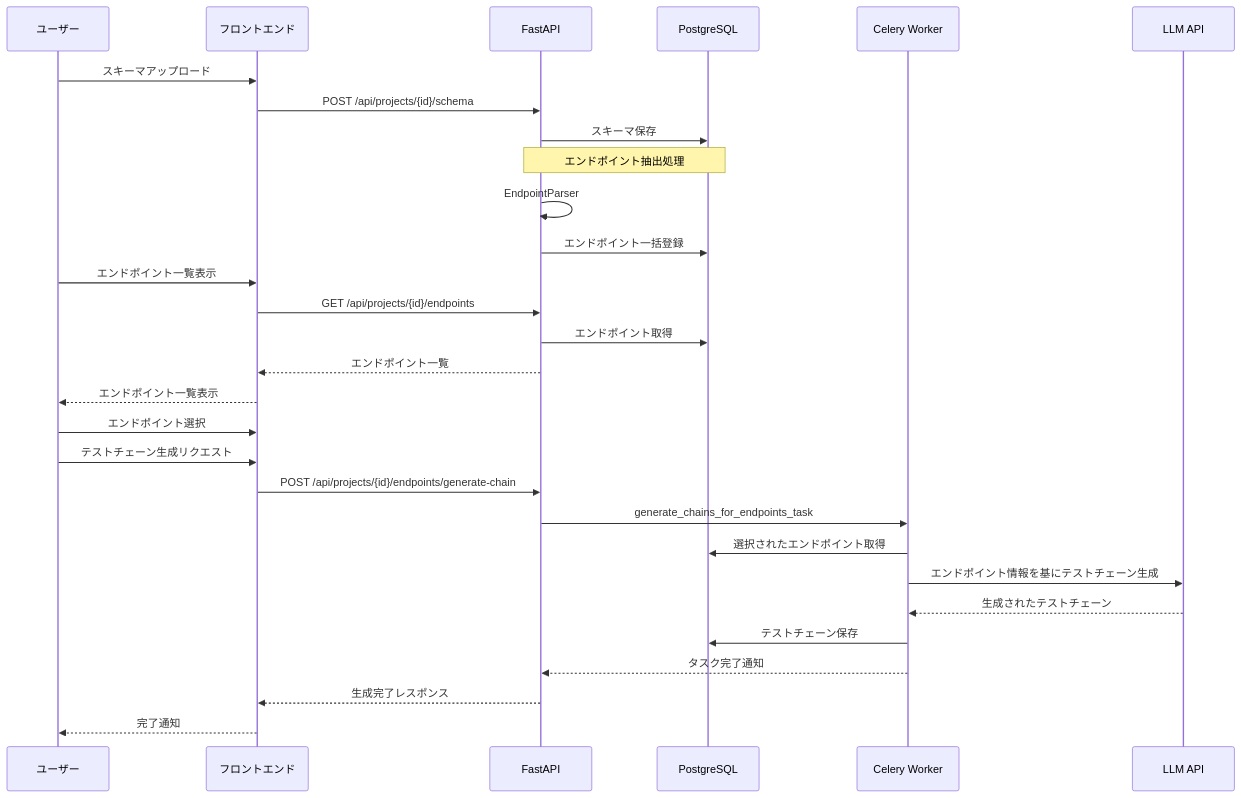
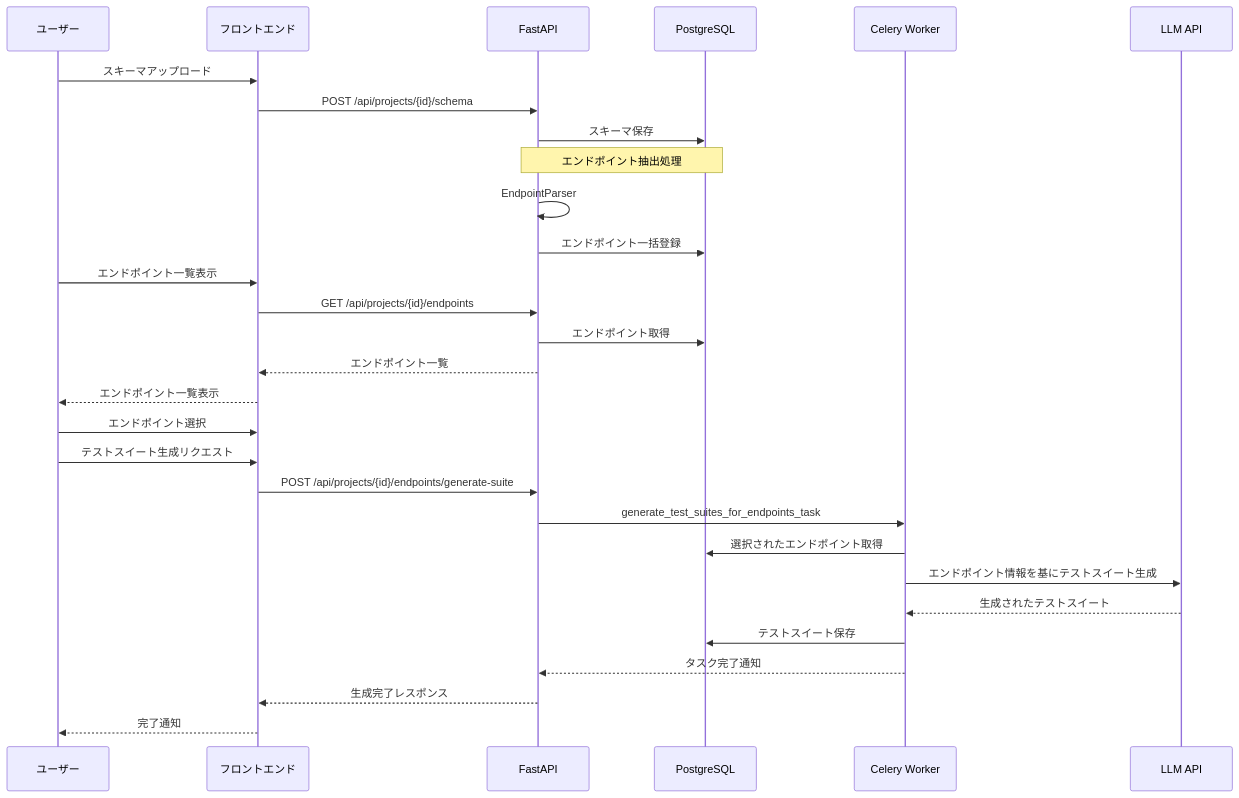
One commit to Pirikara/caseforge changed the third of 5 diagrams in ARCHITECTURE.md. Above: the diagram before and after it, drawn with Mermaid. The commit also changed other lines of this file and 46 other files, not shown here.

````diff
--- a/ARCHITECTURE.md
+++ b/ARCHITECTURE.md
@@ -129,37 +129,37 @@
 ```mermaid
 sequenceDiagram
   participant User as ユーザー
   participant UI as フロントエンド
   participant API as FastAPI
   participant DB as PostgreSQL
   participant Worker as Celery Worker
   participant LLM as LLM API
 
   User->>UI: スキーマアップロード
   UI->>API: POST /api/projects/{id}/schema
   API->>DB: スキーマ保存
   
   Note over API,DB: エンドポイント抽出処理
   API->>API: EndpointParser
   API->>DB: エンドポイント一括登録
   
   User->>UI: エンドポイント一覧表示
   UI->>API: GET /api/projects/{id}/endpoints
   API->>DB: エンドポイント取得
   API-->>UI: エンドポイント一覧
   UI-->>User: エンドポイント一覧表示
   
   User->>UI: エンドポイント選択
-  User->>UI: テストチェーン生成リクエスト
-  UI->>API: POST /api/projects/{id}/endpoints/generate-chain
-  API->>Worker: generate_chains_for_endpoints_task
+  User->>UI: テストスイート生成リクエスト
+  UI->>API: POST /api/projects/{id}/endpoints/generate-suite
+  API->>Worker: generate_test_suites_for_endpoints_task
   
   Worker->>DB: 選択されたエンドポイント取得
-  Worker->>LLM: エンドポイント情報を基にテストチェーン生成
-  LLM-->>Worker: 生成されたテストチェーン
-  Worker->>DB: テストチェーン保存
+  Worker->>LLM: エンドポイント情報を基にテストスイート生成
+  LLM-->>Worker: 生成されたテストスイート
+  Worker->>DB: テストスイート保存
   
   Worker-->>API: タスク完了通知
   API-->>UI: 生成完了レスポンス
   UI-->>User: 完了通知
 ```
````
